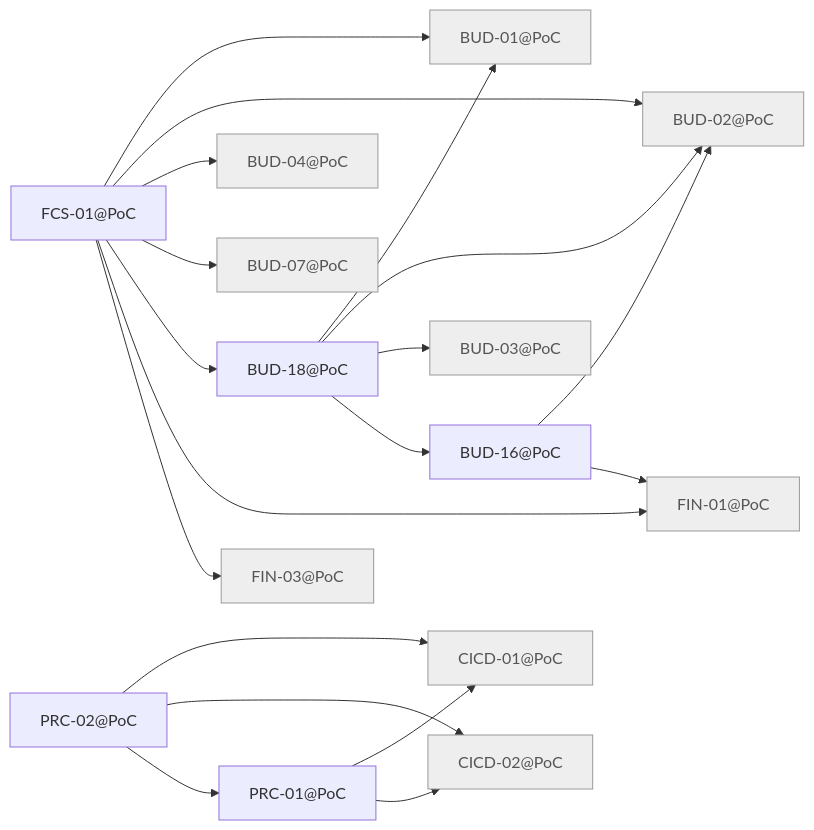
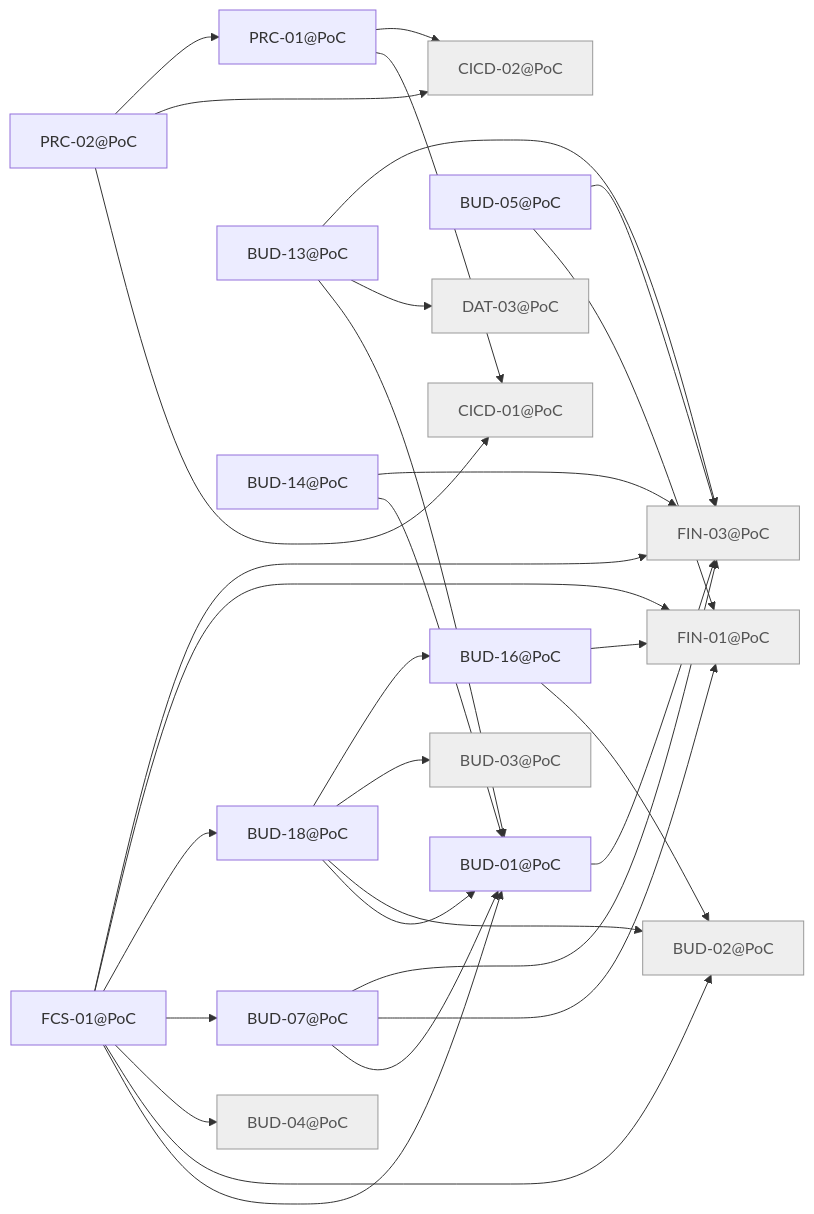
One commit to minakovval/Willowsum changed the diagram in docs/traceability/release-poc.md. Above: the diagram before and after it, drawn with Mermaid. The commit also changed other lines of this file and 37 other files, not shown here.

````diff
--- a/docs/traceability/release-poc.md
+++ b/docs/traceability/release-poc.md
@@ -21,37 +26,52 @@
 ```mermaid
 flowchart LR
   BUD_01_PoC["BUD-01@PoC"]
   BUD_02_PoC["BUD-02@PoC"]
   BUD_03_PoC["BUD-03@PoC"]
   BUD_04_PoC["BUD-04@PoC"]
+  BUD_05_PoC["BUD-05@PoC"]
   BUD_07_PoC["BUD-07@PoC"]
+  BUD_13_PoC["BUD-13@PoC"]
+  BUD_14_PoC["BUD-14@PoC"]
   BUD_16_PoC["BUD-16@PoC"]
   BUD_18_PoC["BUD-18@PoC"]
   CICD_01_PoC["CICD-01@PoC"]
   CICD_02_PoC["CICD-02@PoC"]
+  DAT_03_PoC["DAT-03@PoC"]
   FCS_01_PoC["FCS-01@PoC"]
   FIN_01_PoC["FIN-01@PoC"]
   FIN_03_PoC["FIN-03@PoC"]
   PRC_01_PoC["PRC-01@PoC"]
   PRC_02_PoC["PRC-02@PoC"]
+  BUD_01_PoC --> FIN_03_PoC
+  BUD_05_PoC --> FIN_01_PoC
+  BUD_05_PoC --> FIN_03_PoC
+  BUD_07_PoC --> BUD_01_PoC
+  BUD_07_PoC --> FIN_01_PoC
+  BUD_07_PoC --> FIN_03_PoC
+  BUD_13_PoC --> BUD_01_PoC
+  BUD_13_PoC --> DAT_03_PoC
+  BUD_13_PoC --> FIN_03_PoC
+  BUD_14_PoC --> BUD_01_PoC
+  BUD_14_PoC --> FIN_03_PoC
   BUD_16_PoC --> BUD_02_PoC
   BUD_16_PoC --> FIN_01_PoC
   BUD_18_PoC --> BUD_01_PoC
   BUD_18_PoC --> BUD_02_PoC
   BUD_18_PoC --> BUD_03_PoC
   BUD_18_PoC --> BUD_16_PoC
   FCS_01_PoC --> BUD_01_PoC
   FCS_01_PoC --> BUD_02_PoC
   FCS_01_PoC --> BUD_04_PoC
   FCS_01_PoC --> BUD_07_PoC
   FCS_01_PoC --> BUD_18_PoC
   FCS_01_PoC --> FIN_01_PoC
   FCS_01_PoC --> FIN_03_PoC
   PRC_01_PoC --> CICD_01_PoC
   PRC_01_PoC --> CICD_02_PoC
   PRC_02_PoC --> CICD_01_PoC
   PRC_02_PoC --> CICD_02_PoC
   PRC_02_PoC --> PRC_01_PoC
   classDef notMigrated fill:#eee,stroke:#999,color:#555
-  class BUD_01_PoC,BUD_02_PoC,BUD_03_PoC,BUD_04_PoC,BUD_07_PoC,CICD_01_PoC,CICD_02_PoC,FIN_01_PoC,FIN_03_PoC notMigrated
+  class BUD_02_PoC,BUD_03_PoC,BUD_04_PoC,CICD_01_PoC,CICD_02_PoC,DAT_03_PoC,FIN_01_PoC,FIN_03_PoC notMigrated
 ```
````
